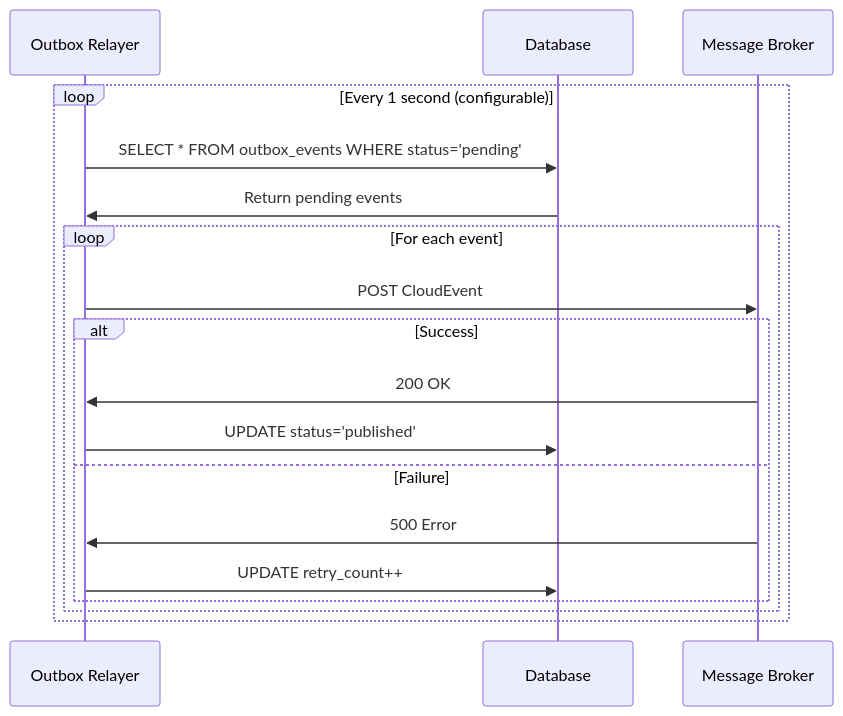
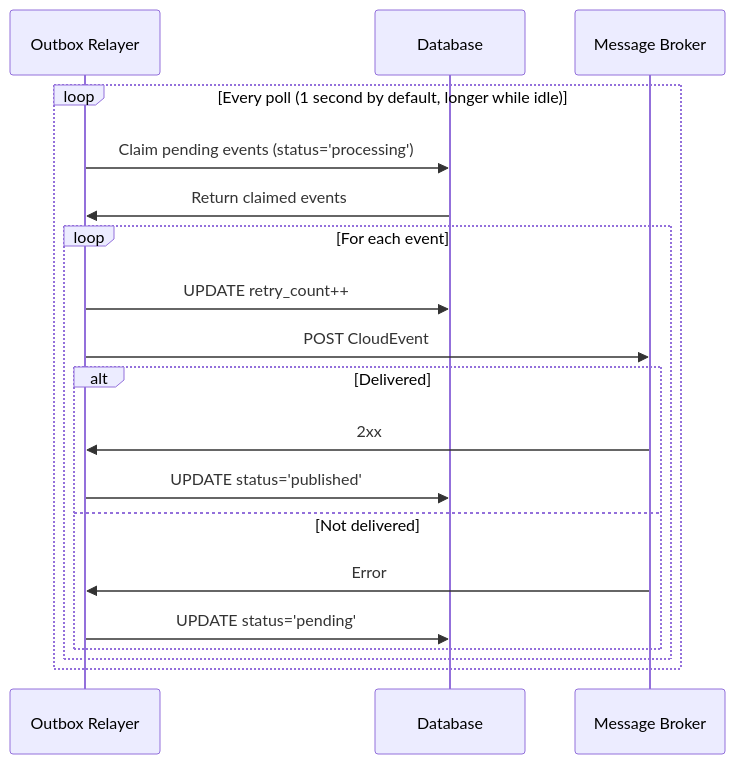
The second of 2 diagrams in website/content/docs/core-features/transactional-outbox.md (i2y/romancy), drawn with Mermaid before and after one commit. The commit also changed other lines of this file and 26 other files, not shown here.

````diff
--- a/website/content/docs/core-features/transactional-outbox.md
+++ b/website/content/docs/core-features/transactional-outbox.md
@@ -395,22 +414,23 @@
 ```mermaid
 sequenceDiagram
     participant R as Outbox Relayer
     participant DB as Database
     participant B as Message Broker
 
-    loop Every 1 second (configurable)
-        R->>DB: SELECT * FROM outbox_events WHERE status='pending'
-        DB->>R: Return pending events
+    loop Every poll (1 second by default, longer while idle)
+        R->>DB: Claim pending events (status='processing')
+        DB->>R: Return claimed events
 
         loop For each event
+            R->>DB: UPDATE retry_count++
             R->>B: POST CloudEvent
-            alt Success
-                B->>R: 200 OK
+            alt Delivered
+                B->>R: 2xx
                 R->>DB: UPDATE status='published'
-            else Failure
-                B->>R: 500 Error
-                R->>DB: UPDATE retry_count++
+            else Not delivered
+                B->>R: Error
+                R->>DB: UPDATE status='pending'
             end
         end
     end
 ```
````
